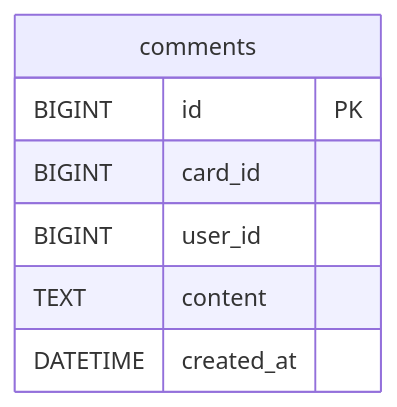
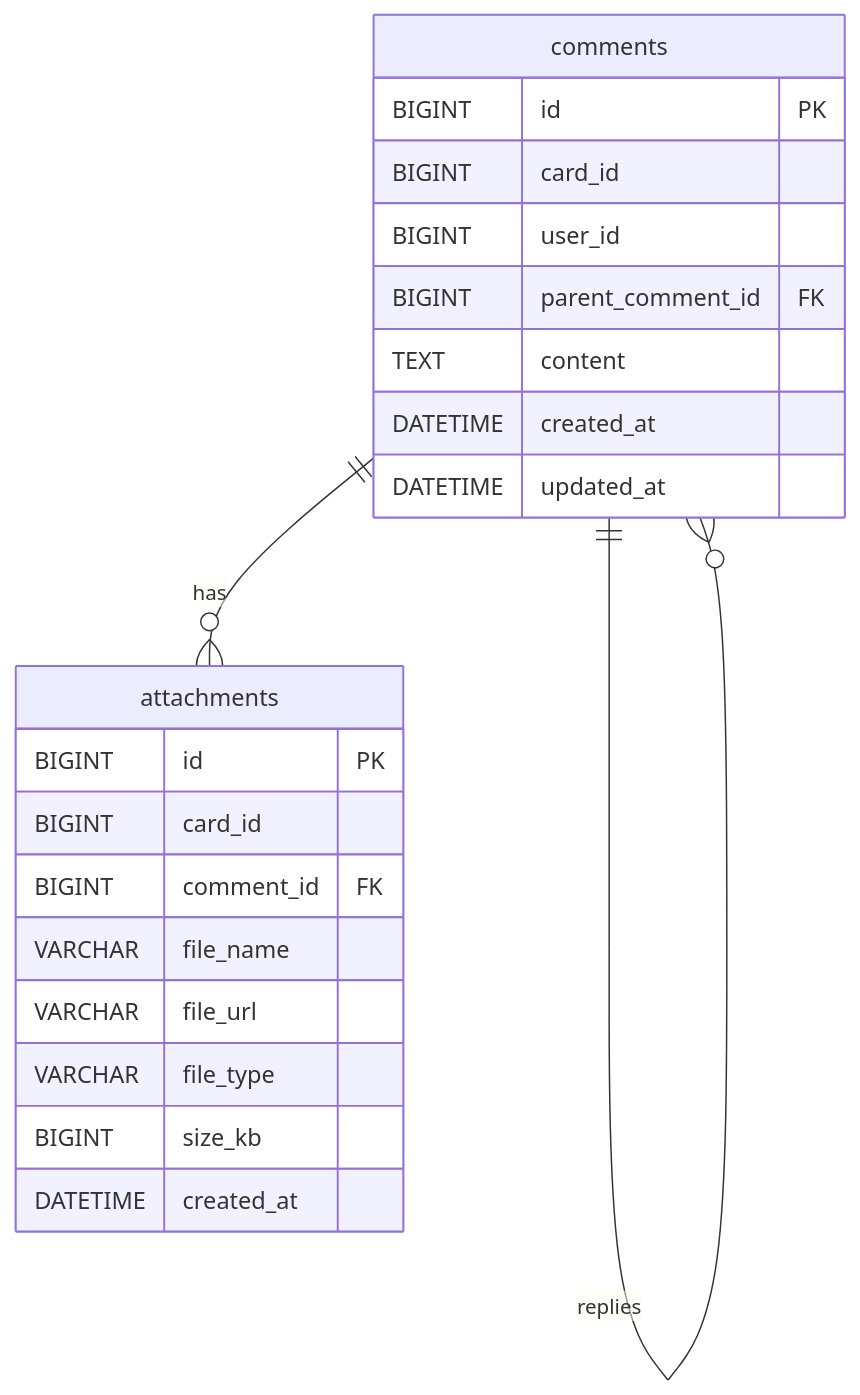
The first of 4 diagrams in docs/services/comment-service/diagrams.md (Prashant-kumar-sharma/FlowBoard-Backend), drawn with Mermaid before and after one commit. The commit also changed other lines of this file and 10 other files, not shown here.

Commit message:
[Prashant] : Added Diagrams for all the services

````diff
--- a/docs/services/comment-service/diagrams.md
+++ b/docs/services/comment-service/diagrams.md
@@ -4,10 +4,26 @@
 ```mermaid
 erDiagram
+    comments ||--o{ comments : replies
+    comments ||--o{ attachments : has
+
     comments {
         BIGINT id PK
         BIGINT card_id
         BIGINT user_id
+        BIGINT parent_comment_id FK
         TEXT content
+        DATETIME created_at
+        DATETIME updated_at
+    }
+
+    attachments {
+        BIGINT id PK
+        BIGINT card_id
+        BIGINT comment_id FK
+        VARCHAR file_name
+        VARCHAR file_url
+        VARCHAR file_type
+        BIGINT size_kb
         DATETIME created_at
     }
 ```
````
